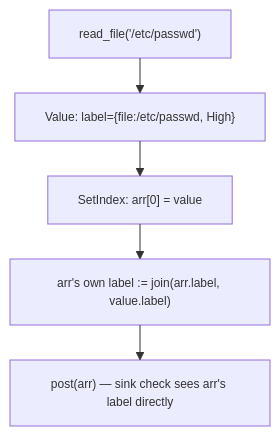
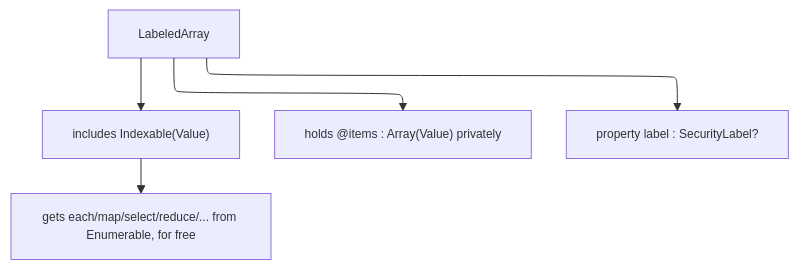
Before and after one commit to ModelArmy/adjutant.cr: the third of 4 diagrams in research/IFC_DESIGN.md, drawn with Mermaid. The commit also changed other lines of this file and 2 other files, not shown here.

Commit message:
Join labels + record FlowEvents at exec_binary/Eq/Concat/Make* (Stage 3); design doc updated for Stage 3.5 (SetIndex blocked on container wrapper types)

````diff
--- a/research/IFC_DESIGN.md
+++ b/research/IFC_DESIGN.md
@@ -223,14 +349,14 @@
 ```mermaid
 ---
 displayMode: compact
 config:
   layout: elk
   themeVariables:
     fontSize: 12px
 ---
 flowchart TD
-    A["read_file('/etc/passwd')"] --> B["Value: label={file:/etc/passwd, High}"]
-    B --> C["SetIndex: arr[0] = value"]
-    C --> D["arr's own label := join(arr.label, value.label)"]
-    D --> E["post(arr) — sink check sees arr's label directly"]
+    A[LabeledArray] --> B["includes Indexable(Value)"]
+    B --> C["gets each/map/select/reduce/... from Enumerable, for free"]
+    A --> D["holds @items : Array(Value) privately"]
+    A --> E["property label : SecurityLabel?"]
 ```
````
